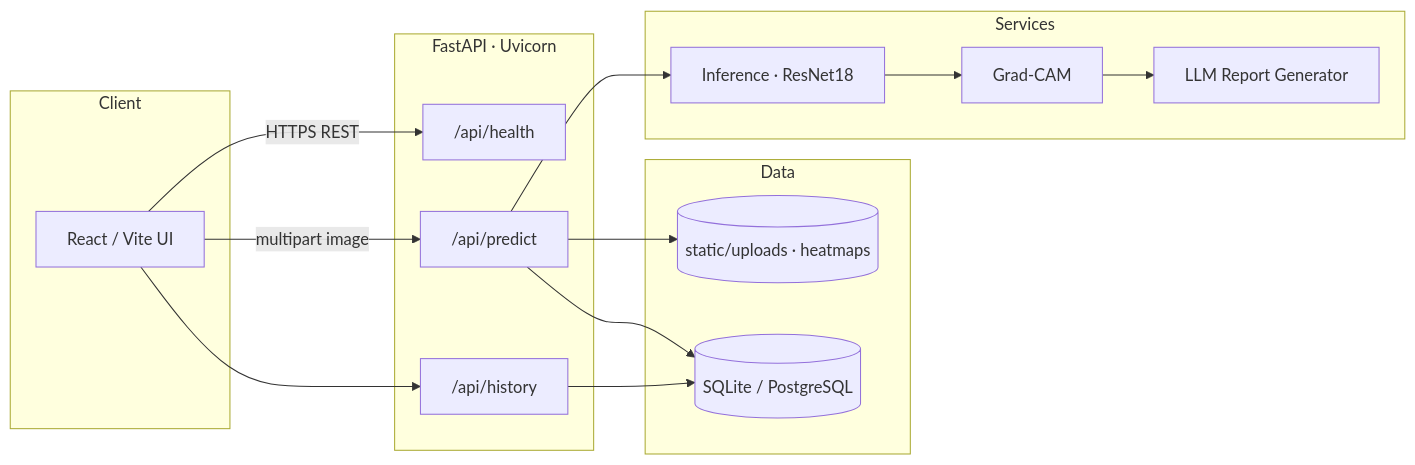
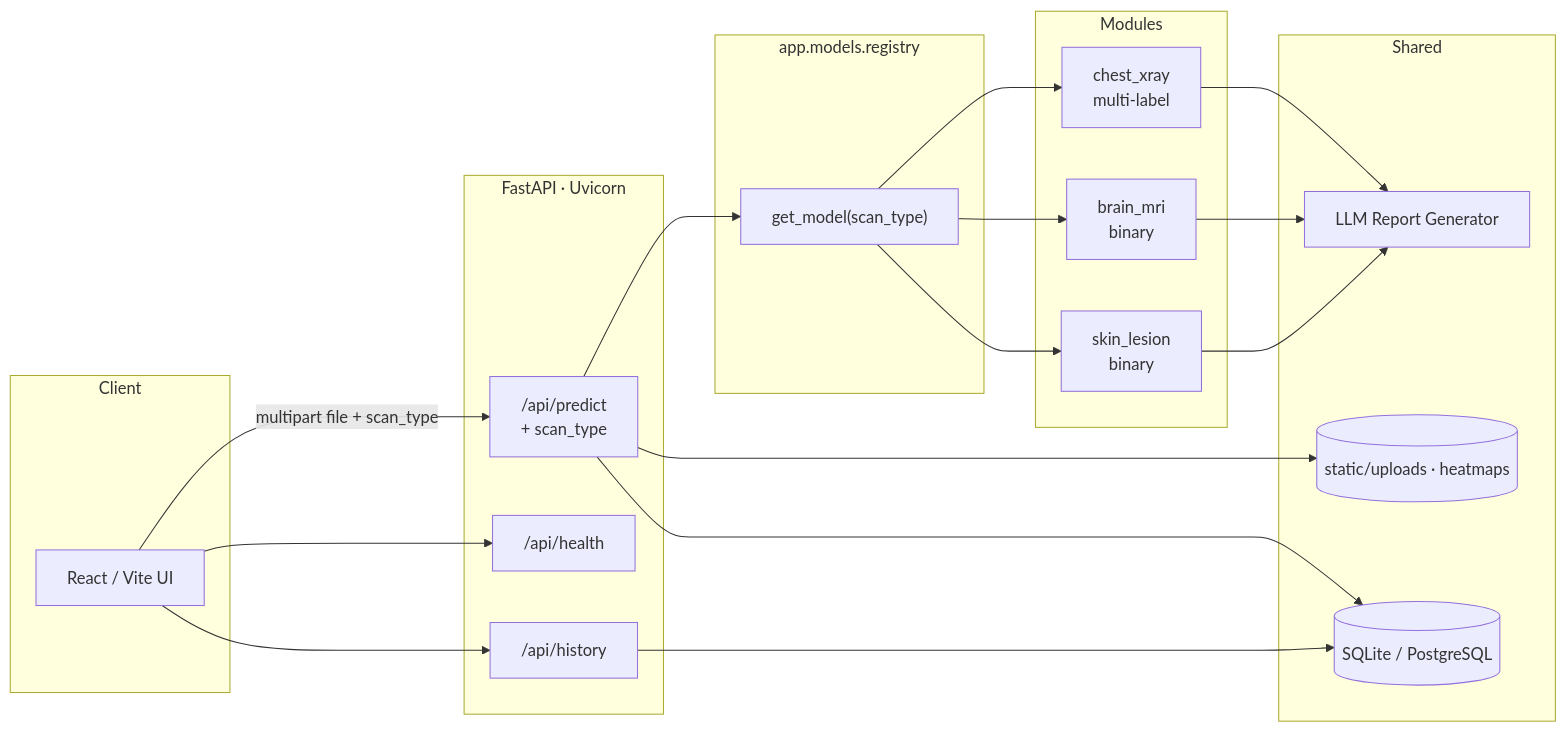
The diagram in README.md (ShaileyNayak/ai-medical-intelligence-platform), drawn with Mermaid before and after one commit. The commit also changed other lines of this file and 33 other files, not shown here.

````diff
--- a/README.md
+++ b/README.md
@@ -65,31 +100,42 @@
 ```mermaid
 flowchart LR
   subgraph Client
     UI[React / Vite UI]
   end
 
   subgraph API["FastAPI · Uvicorn"]
     H["/api/health"]
-    P["/api/predict"]
+    P["/api/predict\n+ scan_type"]
     Hist["/api/history"]
   end
 
-  subgraph Services
-    Inf[Inference · ResNet18]
-    XAI[Grad-CAM]
-    LLM[LLM Report Generator]
+  subgraph Registry["app.models.registry"]
+    GM["get_model(scan_type)"]
   end
 
-  subgraph Data
+  subgraph Modules
+    CX[chest_xray\nmulti-label]
+    MRI[brain_mri\nbinary]
+    SK[skin_lesion\nbinary]
+  end
+
+  subgraph Shared
+    LLM[LLM Report Generator]
     DB[(SQLite / PostgreSQL)]
     Static[(static/uploads · heatmaps)]
   end
 
-  UI -->|HTTPS REST| H
-  UI -->|multipart image| P
+  UI -->|multipart file + scan_type| P
+  UI --> H
   UI --> Hist
-  P --> Inf --> XAI --> LLM
+  P --> GM
+  GM --> CX
+  GM --> MRI
+  GM --> SK
+  CX --> LLM
+  MRI --> LLM
+  SK --> LLM
   P --> Static
   P --> DB
   Hist --> DB
 ```
````
